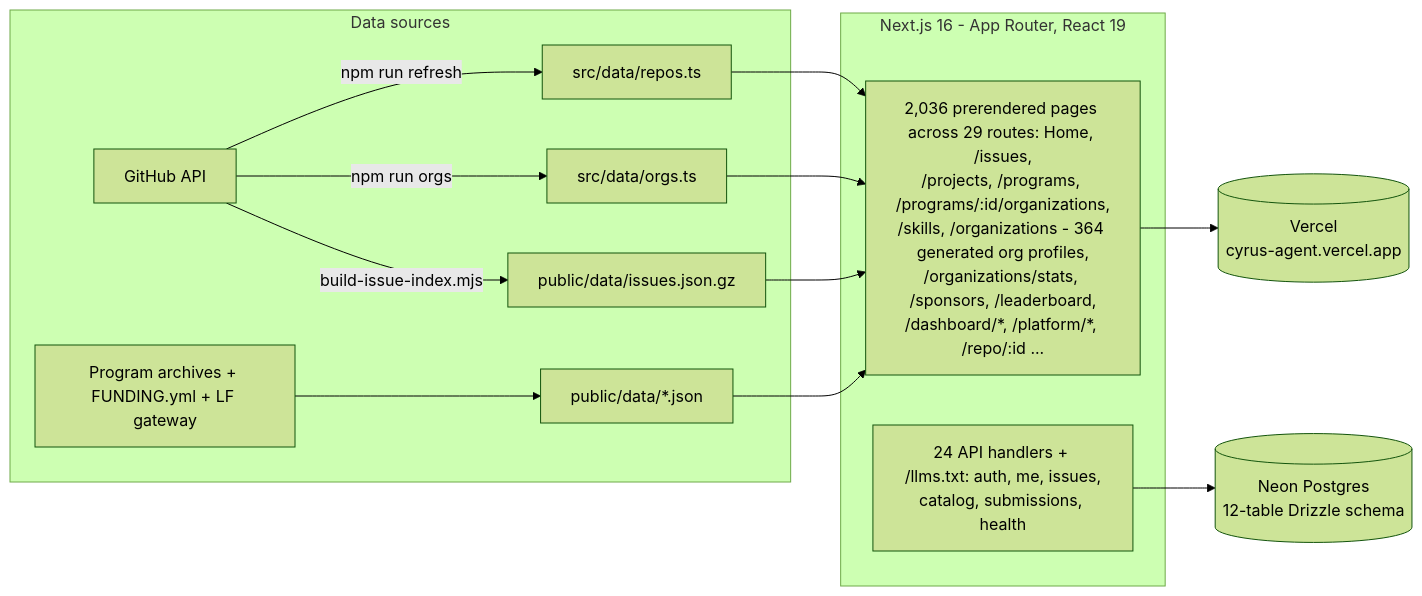
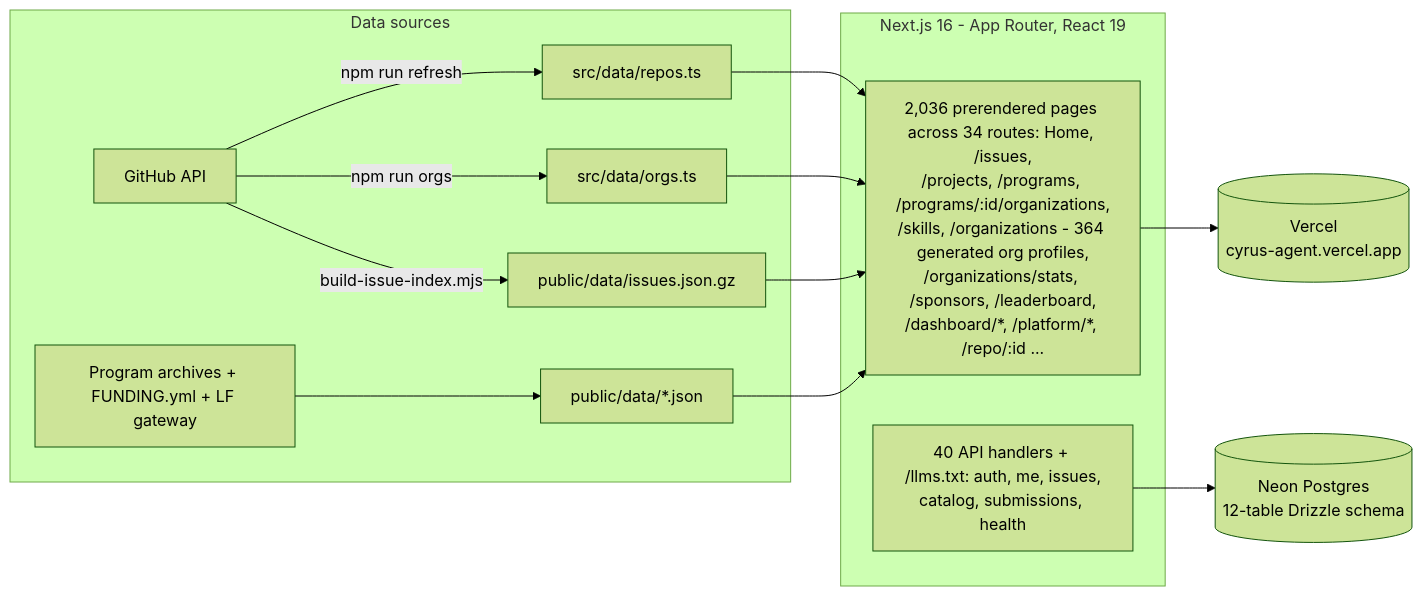
Before and after one commit to adityalenova/cyrus: the second of 2 diagrams in README.md, drawn with Mermaid (forest theme). The commit also changed other lines of this file and 27 other files, not shown here.

````diff
--- a/README.md
+++ b/README.md
@@ -348,15 +348,15 @@
 ```mermaid
 flowchart LR
     subgraph sources [Data sources]
         GH[GitHub API] -->|npm run refresh| D1[src/data/repos.ts]
         GH -->|npm run orgs| D2[src/data/orgs.ts]
         GH -->|build-issue-index.mjs| D3[public/data/issues.json.gz]
         SOC[Program archives + FUNDING.yml + LF gateway] --> D4[public/data/*.json]
     end
     subgraph app [Next.js 16 - App Router, React 19]
-        D1 & D2 & D3 & D4 --> PAGES[2,036 prerendered pages across 29 routes: Home, /issues,<br/>/projects, /programs, /programs/:id/organizations,<br/>/skills, /organizations - 364 generated org profiles,<br/>/organizations/stats, /sponsors, /leaderboard,<br/>/dashboard/*, /platform/*, /repo/:id ...]
-        API[24 API handlers + /llms.txt: auth, me, issues,<br/>catalog, submissions, health]
+        D1 & D2 & D3 & D4 --> PAGES[2,036 prerendered pages across 34 routes: Home, /issues,<br/>/projects, /programs, /programs/:id/organizations,<br/>/skills, /organizations - 364 generated org profiles,<br/>/organizations/stats, /sponsors, /leaderboard,<br/>/dashboard/*, /platform/*, /repo/:id ...]
+        API[40 API handlers + /llms.txt: auth, me, issues,<br/>catalog, submissions, health]
     end
     PAGES --> V[(Vercel<br/>cyrus-agent.vercel.app)]
     API --> DB[(Neon Postgres<br/>12-table Drizzle schema)]
 ```
````
